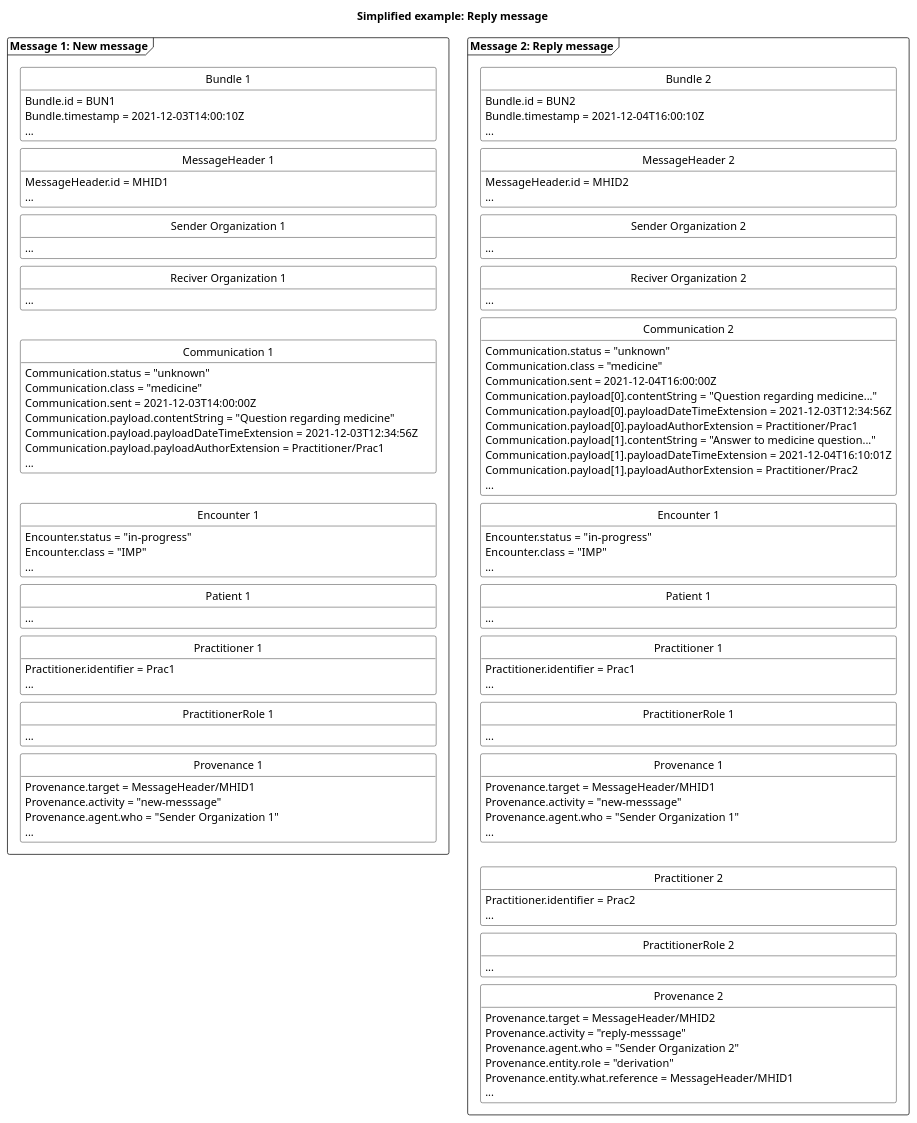
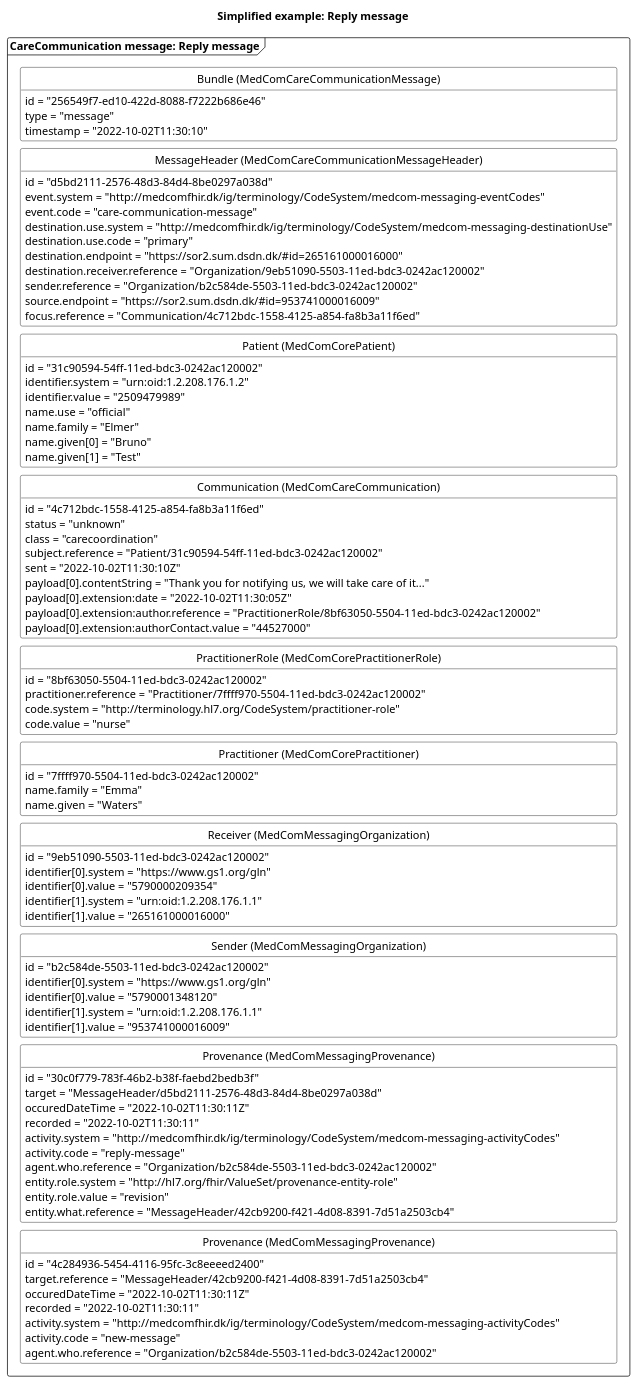
One commit to medcomdk/dk-medcom-carecommunication changed the diagram in puml/CareCommunicationReplyMessage.puml. Above: the diagram before and after it, drawn with PlantUML. The commit also changed other lines of this file and 46 other files, not shown here.

First line of the commit message:
CareCommunication updated

```diff
--- a/puml/CareCommunicationReplyMessage.puml
+++ b/puml/CareCommunicationReplyMessage.puml
@@ -1,167 +1,115 @@
-@startuml CCReplyMessage
+@startuml CCreplyMessage
 
 'layout
 skinparam class {
     BackgroundColor White
     BorderColor Black
     ArrowColor Black
   }
 hide circle
 hide empty members
 skinparam SameClassWidth true
 skinparam Ranksep 10
 
 
 'title
 title Simplified example: Reply message
 
-'Message 1: New message
-package "Message 1: New message" as new <<Frame>>{
-    class "Bundle 1" as newB {
-        Bundle.id = BUN1
-        Bundle.timestamp = 2021-12-03T14:00:10Z
-        ...
+'Message 1: reply message
+package "CareCommunication message: Reply message" as reply <<Frame>>{
+    class "Bundle (MedComCareCommunicationMessage)" as replyB {
+        id = "256549f7-ed10-422d-8088-f7222b686e46"
+        type = "message"
+        timestamp = "2022-10-02T11:30:10"
     }
-    class "MessageHeader 1" as newMH{
-        MessageHeader.id = MHID1
-        ...
+    class "MessageHeader (MedComCareCommunicationMessageHeader)" as replyMH{
+        id = "d5bd2111-2576-48d3-84d4-8be0297a038d"
+        event.system = "http://medcomfhir.dk/ig/terminology/CodeSystem/medcom-messaging-eventCodes"
+        event.code = "care-communication-message"
+        destination.use.system = "http://medcomfhir.dk/ig/terminology/CodeSystem/medcom-messaging-destinationUse"
+        destination.use.code = "primary"
+        destination.endpoint = "https://sor2.sum.dsdn.dk/#id=265161000016000"
+        destination.receiver.reference = "Organization/9eb51090-5503-11ed-bdc3-0242ac120002"
+        sender.reference = "Organization/b2c584de-5503-11ed-bdc3-0242ac120002"
+        source.endpoint = "https://sor2.sum.dsdn.dk/#id=953741000016009"
+        focus.reference = "Communication/4c712bdc-1558-4125-a854-fa8b3a11f6ed"
     }
-    class "Sender Organization 1" as newSOrg{
-        ...
+    class "Patient (MedComCorePatient)" as replyPT{
+        id = "31c90594-54ff-11ed-bdc3-0242ac120002"
+        identifier.system = "urn:oid:1.2.208.176.1.2"
+        identifier.value = "2509479989"
+        name.use = "official"
+        name.family = "Elmer"
+        name.given[0] = "Bruno"
+        name.given[1] = "Test"
     }
-    class "Reciver Organization 1" as newROrg{
-        ...
+    class "Communication (MedComCareCommunication)" as replyCom{
+        id = "4c712bdc-1558-4125-a854-fa8b3a11f6ed"
+        status = "unknown"
+        class = "carecoordination"
+        subject.reference = "Patient/31c90594-54ff-11ed-bdc3-0242ac120002"
+        sent = "2022-10-02T11:30:10Z"
+        payload[0].contentString = "Thank you for notifying us, we will take care of it..."
+        payload[0].extension:date = "2022-10-02T11:30:05Z"
+        payload[0].extension:author.reference = "PractitionerRole/8bf63050-5504-11ed-bdc3-0242ac120002"
+        payload[0].extension:authorContact.value = "44527000"
     }
-    class "Communication 1" as newCom{
-        Communication.status = "unknown"
-        Communication.class = "medicine"
-        Communication.sent = 2021-12-03T14:00:00Z        
-        Communication.payload.contentString = "Question regarding medicine"
-        Communication.payload.payloadDateTimeExtension = 2021-12-03T12:34:56Z
-        Communication.payload.payloadAuthorExtension = Practitioner/Prac1
-        ...
+    class "PractitionerRole (MedComCorePractitionerRole)" as replyPracR{
+        id = "8bf63050-5504-11ed-bdc3-0242ac120002"
+        practitioner.reference = "Practitioner/7ffff970-5504-11ed-bdc3-0242ac120002"
+        code.system = "http://terminology.hl7.org/CodeSystem/practitioner-role"
+        code.value = "nurse"
     }
-    class "Encounter 1" as newENC{
-        Encounter.status = "in-progress"
-        Encounter.class = "IMP"
-        ...
+    class "Practitioner (MedComCorePractitioner)" as replyPrac{
+        id = "7ffff970-5504-11ed-bdc3-0242ac120002"
+        name.family = "Emma"
+        name.given = "Waters"
     }
-    class "Patient 1" as newPT{
-        ...
+    class "Receiver (MedComMessagingOrganization)" as replyROrg{
+        id = "9eb51090-5503-11ed-bdc3-0242ac120002"
+        identifier[0].system = "https://www.gs1.org/gln"
+        identifier[0].value = "5790000209354"
+        identifier[1].system = "urn:oid:1.2.208.176.1.1"
+        identifier[1].value = "265161000016000"
     }
-    class "Practitioner 1" as newPrac{
-        Practitioner.identifier = Prac1
-        ...
+    class "Sender (MedComMessagingOrganization)" as replySOrg{
+        id = "b2c584de-5503-11ed-bdc3-0242ac120002"
+        identifier[0].system = "https://www.gs1.org/gln"
+        identifier[0].value = "5790001348120"
+        identifier[1].system = "urn:oid:1.2.208.176.1.1"
+        identifier[1].value = "953741000016009"
     }
-    class "PractitionerRole 1" as newPracR{
-        ...
+    class "Provenance (MedComMessagingProvenance)" as replyPRO{
+        id = "30c0f779-783f-46b2-b38f-faebd2bedb3f"
+        target = "MessageHeader/d5bd2111-2576-48d3-84d4-8be0297a038d"
+        occuredDateTime = "2022-10-02T11:30:11Z"
+        recorded = "2022-10-02T11:30:11"
+        activity.system = "http://medcomfhir.dk/ig/terminology/CodeSystem/medcom-messaging-activityCodes"
+        activity.code = "reply-message"
+        agent.who.reference = "Organization/b2c584de-5503-11ed-bdc3-0242ac120002"
+        entity.role.system = "http://hl7.org/fhir/ValueSet/provenance-entity-role"
+        entity.role.value = "revision"
+        entity.what.reference = "MessageHeader/42cb9200-f421-4d08-8391-7d51a2503cb4"
     }
-    class "Provenance 1" as newPRO{
-        Provenance.target = MessageHeader/MHID1
-        Provenance.activity = "new-messsage"
-        Provenance.agent.who = "Sender Organization 1"
-        ...
-    }
-
-newB -[hidden]- newMH
-newMH -[hidden]- newSOrg
-newSOrg-[hidden]-newROrg
-newROrg-[hidden]-newCom
-newCom -[hidden]- newENC
-newENC-[hidden]-newPT
-newPT-[hidden]-newPrac
-newPrac-[hidden]-newPracR
-newPracR-[hidden]-newPRO
-
-
-
-}
-
-'Message 2: reply inpatient
-package "Message 2: Reply message" as reply <<Frame>>{
-    class "Bundle 2" as replyB {
-        Bundle.id = BUN2
-        Bundle.timestamp = 2021-12-04T16:00:10Z
-        ...
-    }
-    class "MessageHeader 2" as replyMH{
-        MessageHeader.id = MHID2
-        ...
-    }
-    class "Sender Organization 2" as replySOrg{
-        ...
-    }
-    class "Reciver Organization 2" as replyROrg{
-        ...
-    }
-    class "Communication 2" as newreplyCom{
-        Communication.status = "unknown"
-        Communication.class = "medicine"
-        Communication.sent = 2021-12-04T16:00:00Z
-        Communication.payload[0].contentString = "Question regarding medicine..."
-        Communication.payload[0].payloadDateTimeExtension = 2021-12-03T12:34:56Z
-        Communication.payload[0].payloadAuthorExtension = Practitioner/Prac1
-        Communication.payload[1].contentString = "Answer to medicine question..."
-        Communication.payload[1].payloadDateTimeExtension = 2021-12-04T16:10:01Z
-        Communication.payload[1].payloadAuthorExtension = Practitioner/Prac2
-        ...
-    }
-    class "Encounter 1" as newreplyENC{
-        Encounter.status = "in-progress"
-        Encounter.class = "IMP"
-        ...
-    }
-    class "Patient 1" as newreplyPT{
-        ...
-    }
-    class "Practitioner 1" as newreplyPrac{
-        Practitioner.identifier = Prac1
-        ...
-    }
-    class "PractitionerRole 1" as newreplyPracR{
-        ...
-    }
-    class "Provenance 1" as newreplyPRO{
-        Provenance.target = MessageHeader/MHID1
-        Provenance.activity = "new-messsage"
-        Provenance.agent.who = "Sender Organization 1"
-        ...
-    }
-    class "Practitioner 2" as replyPrac{
-        Practitioner.identifier = Prac2
-        ...
-    }
-    class "PractitionerRole 2" as replyPracR{
-        ...
-    }    
-    class "Provenance 2" as replyPRO{
-        Provenance.target = MessageHeader/MHID2
-        Provenance.activity = "reply-messsage"
-        Provenance.agent.who = "Sender Organization 2"
-        Provenance.entity.role = "derivation"
-        Provenance.entity.what.reference = MessageHeader/MHID1
-        ...
+    class "Provenance (MedComMessagingProvenance)" as newPRO{
+        id = "4c284936-5454-4116-95fc-3c8eeeed2400"
+        target.reference = "MessageHeader/42cb9200-f421-4d08-8391-7d51a2503cb4"
+        occuredDateTime = "2022-10-02T11:30:11Z"
+        recorded = "2022-10-02T11:30:11"
+        activity.system = "http://medcomfhir.dk/ig/terminology/CodeSystem/medcom-messaging-activityCodes"
+        activity.code = "new-message"
+        agent.who.reference = "Organization/b2c584de-5503-11ed-bdc3-0242ac120002"
     }
 
 replyB -[hidden]- replyMH
-replyMH -[hidden]- replySOrg
-replySOrg-[hidden]-replyROrg
-replyROrg-[hidden]-newreplyCom
-newreplyCom -[hidden]- newreplyENC
-newreplyENC-[hidden]-newreplyPT
-newreplyPT-[hidden]-newreplyPrac
-newreplyPrac-[hidden]-newreplyPracR
-newreplyPracR-[hidden]-newreplyPRO
-newreplyPRO-[hidden]-replyPrac
-replyPrac-[hidden]-replyPracR
-replyPracR-[hidden]-replyPRO
-
-
-
-}
-
-' pile mellem de to beskeder
-' admit --> finished
+replyMH -[hidden]-replyPT
+replyPT-[hidden]-replyCom
+replyCom -[hidden]-replyPracR
+replyPracR-[hidden]-replyPrac
+replyPrac-[hidden]-replyROrg
+replyROrg-[hidden]- replySOrg
+replySOrg-[hidden]-replyPRO
+replyPRO-[hidden]-newPRO
 
 
 @enduml
```
